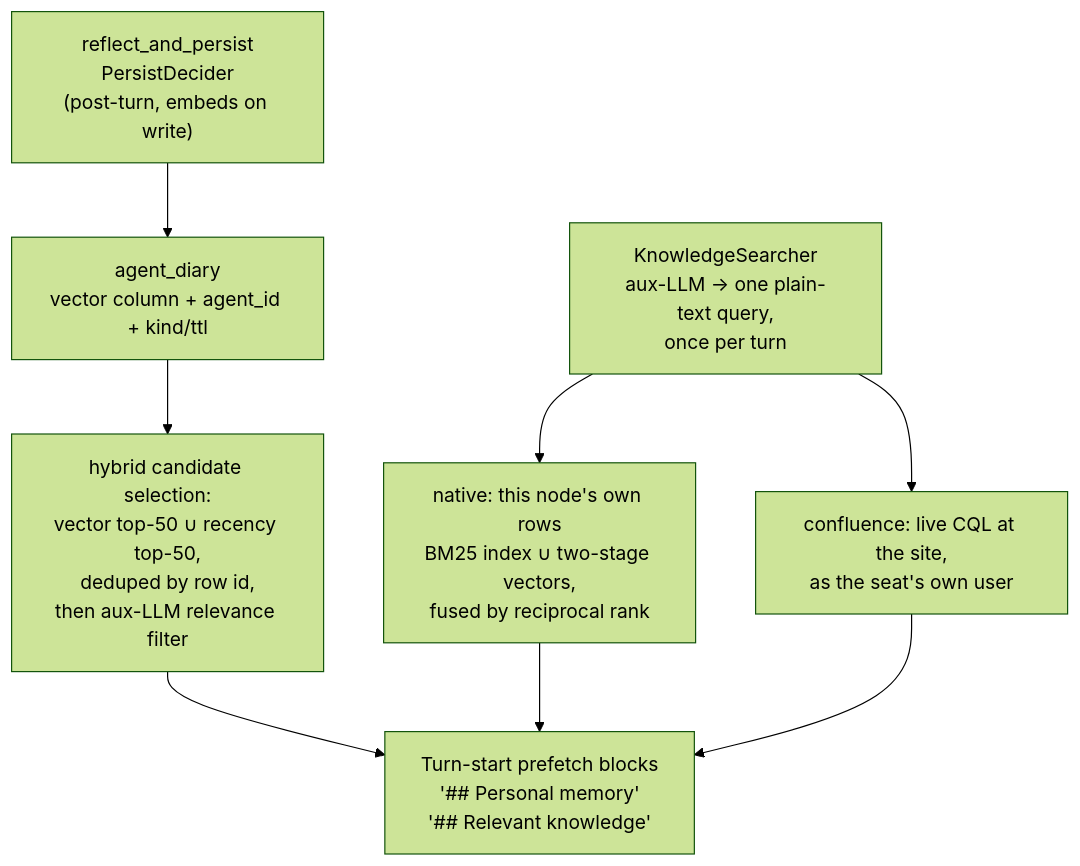
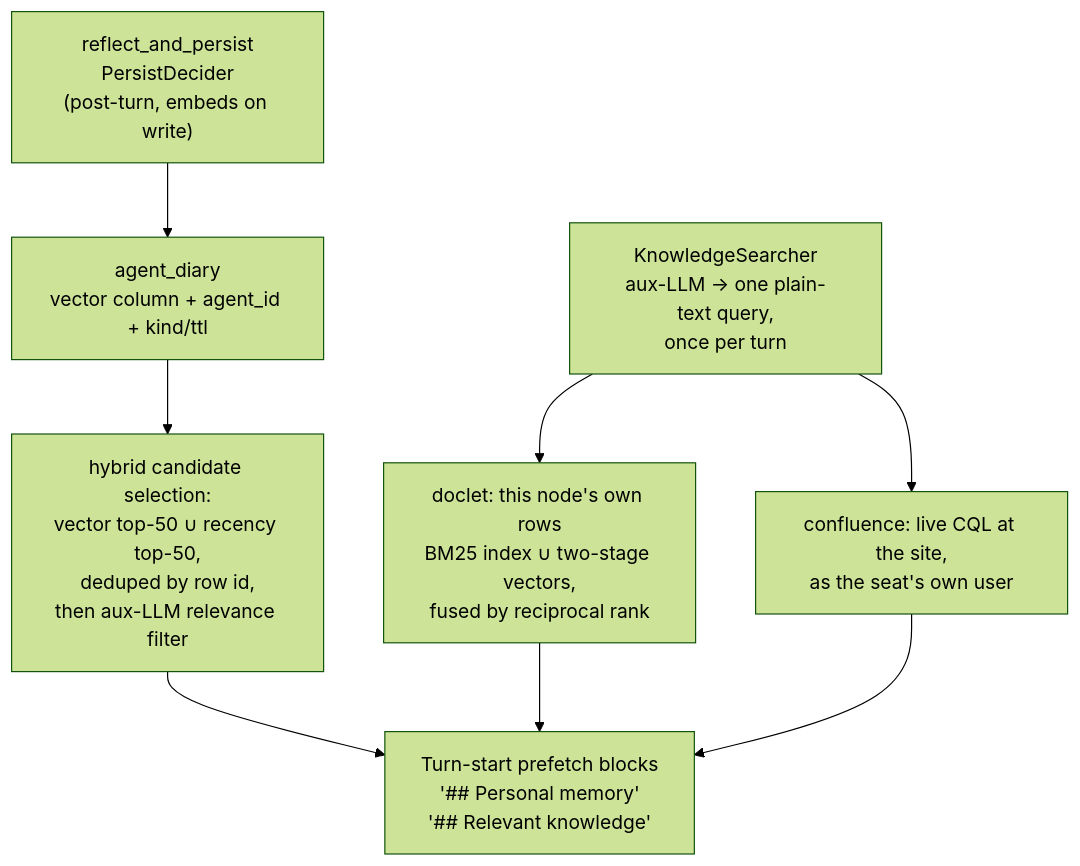
The second of 3 diagrams in docs/concepts/knowledge-system.md (crewlet/crewlet), drawn with Mermaid (forest theme) before and after one commit. The commit also changed other lines of this file and 55 other files, not shown here.

````diff
--- a/docs/concepts/knowledge-system.md
+++ b/docs/concepts/knowledge-system.md
@@ -545,13 +545,13 @@
 ```mermaid
 flowchart TD
     RP["reflect_and_persist<br/>PersistDecider<br/>(post-turn, embeds on write)"]
     DIARY["agent_diary<br/>vector column + agent_id + kind/ttl"]
     SEL["hybrid candidate selection:<br/>vector top-50 ∪ recency top-50,<br/>deduped by row id,<br/>then aux-LLM relevance filter"]
     PROMPT["Turn-start prefetch blocks<br/>'## Personal memory'<br/>'## Relevant knowledge'"]
     KS["KnowledgeSearcher<br/>aux-LLM → one plain-text query,<br/>once per turn"]
-    NATIVE["native: this node's own rows<br/>BM25 index ∪ two-stage vectors,<br/>fused by reciprocal rank"]
+    DOCLET["doclet: this node's own rows<br/>BM25 index ∪ two-stage vectors,<br/>fused by reciprocal rank"]
     CQL["confluence: live CQL at the site,<br/>as the seat's own user"]
     RP --> DIARY --> SEL --> PROMPT
-    KS --> NATIVE --> PROMPT
+    KS --> DOCLET --> PROMPT
     KS --> CQL --> PROMPT
 ```
````
